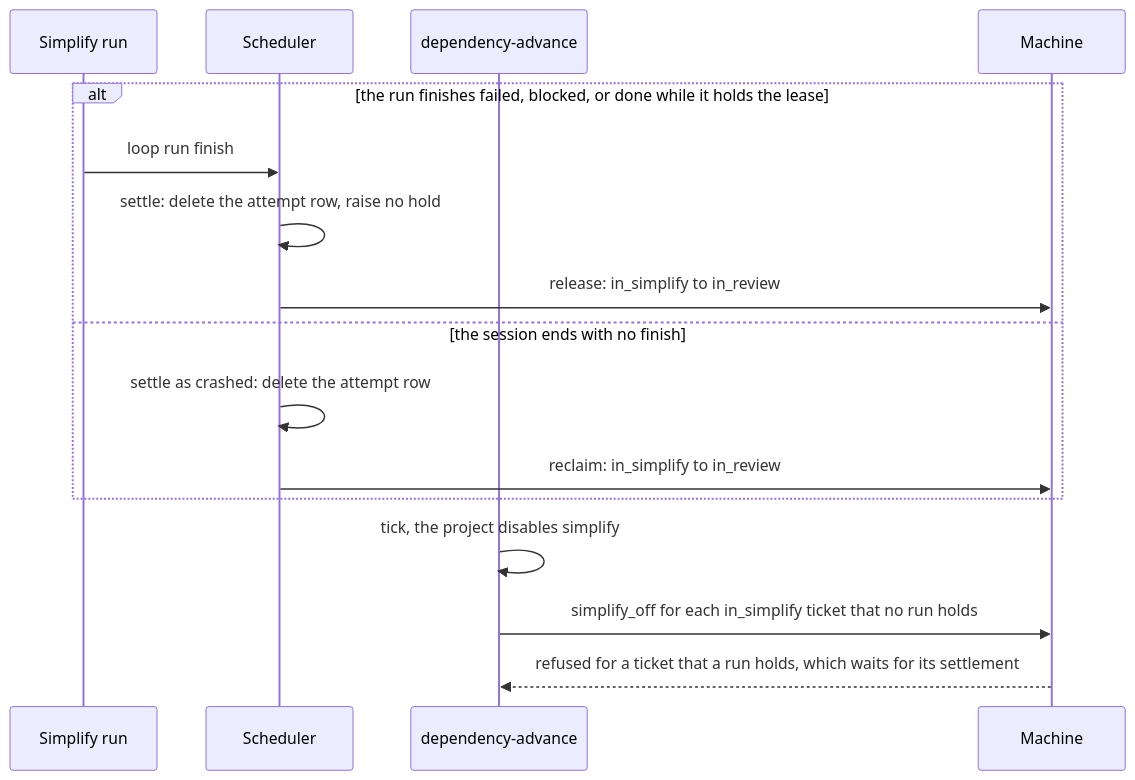
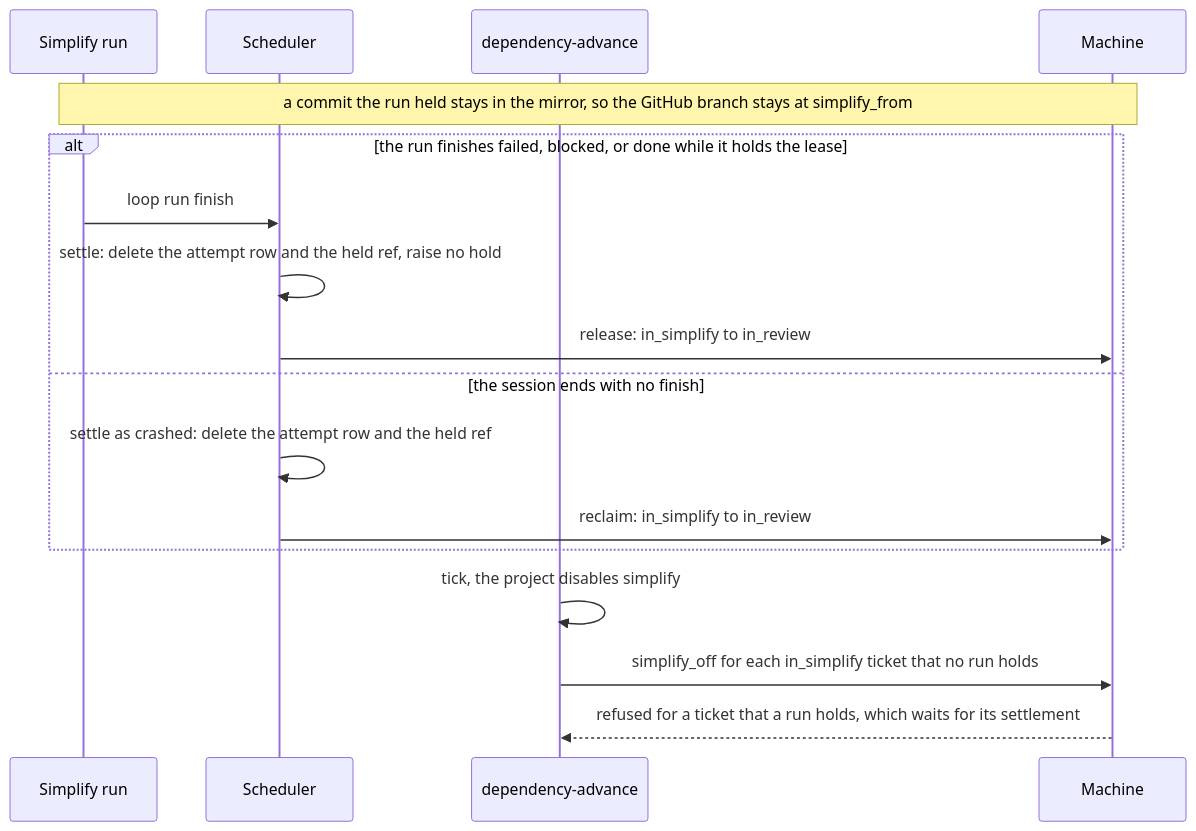
One commit to iantanwx/factory changed the second of 3 diagrams in docs/plans/factorio-1r94-simplify-stage-spec.md. Above: the diagram before and after it, drawn with Mermaid. The commit also changed other lines of this file, not shown here.

First line of the commit message:
docs(spec): hold the simplify commit until the hand-off

````diff
--- a/docs/plans/factorio-1r94-simplify-stage-spec.md
+++ b/docs/plans/factorio-1r94-simplify-stage-spec.md
@@ -364,18 +444,19 @@
 ```mermaid
 sequenceDiagram
     participant R as Simplify run
     participant Sch as Scheduler
     participant D as dependency-advance
     participant M as Machine
+    Note over R,M: a commit the run held stays in the mirror, so the GitHub branch stays at simplify_from
     alt the run finishes failed, blocked, or done while it holds the lease
         R->>Sch: loop run finish
-        Sch->>Sch: settle: delete the attempt row, raise no hold
+        Sch->>Sch: settle: delete the attempt row and the held ref, raise no hold
         Sch->>M: release: in_simplify to in_review
     else the session ends with no finish
-        Sch->>Sch: settle as crashed: delete the attempt row
+        Sch->>Sch: settle as crashed: delete the attempt row and the held ref
         Sch->>M: reclaim: in_simplify to in_review
     end
     D->>D: tick, the project disables simplify
     D->>M: simplify_off for each in_simplify ticket that no run holds
     M-->>D: refused for a ticket that a run holds, which waits for its settlement
 ```
````
